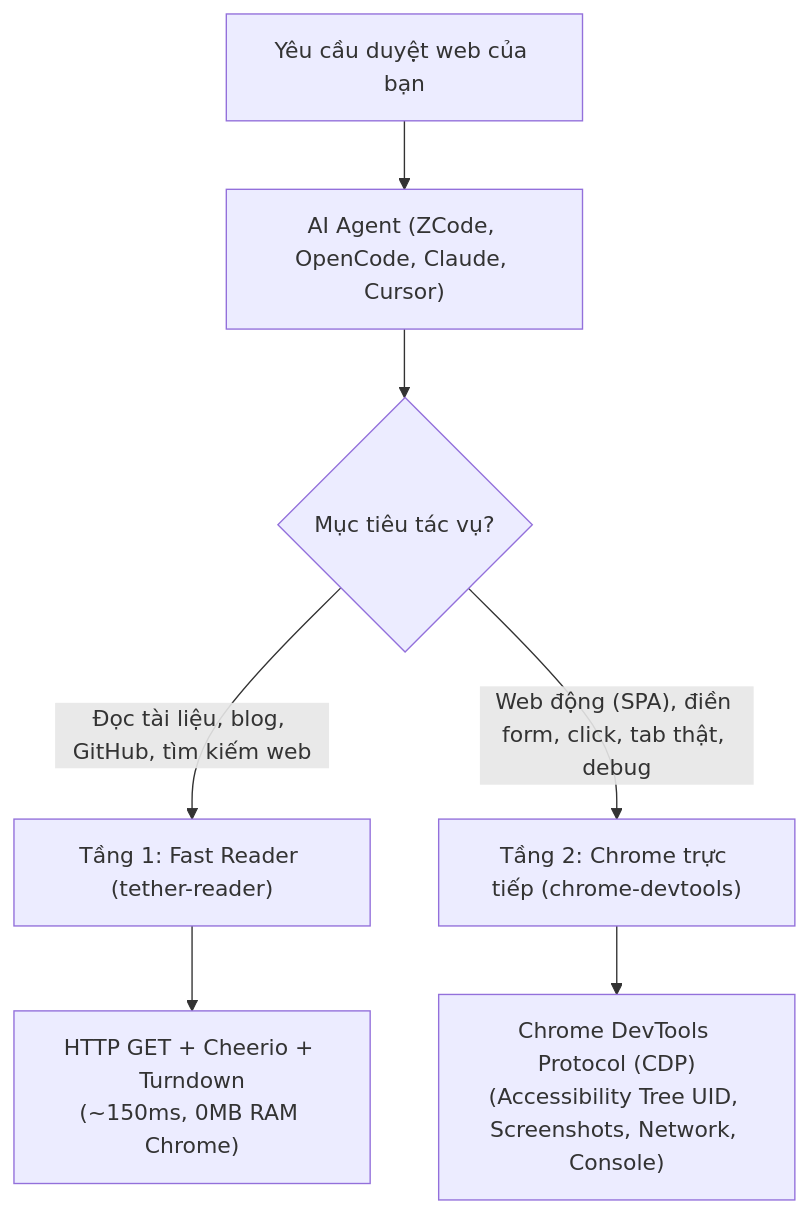
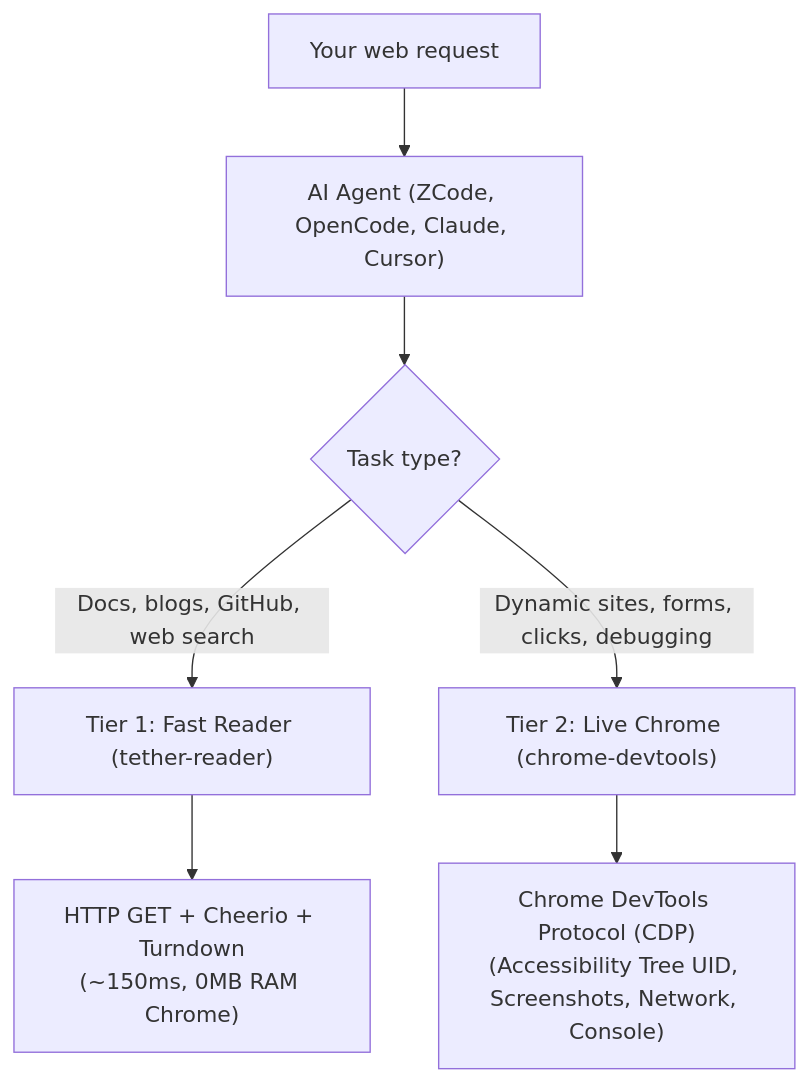
Before and after one commit to nnatuan03/chrometether: the diagram in README.vi.md, drawn with Mermaid. The commit also changed other lines of this file, not shown here.

Commit message:
docs: use English in code examples

````diff
--- a/README.vi.md
+++ b/README.vi.md
@@ -17,11 +17,11 @@
 ```mermaid
 flowchart TD
-    User["Yêu cầu duyệt web của bạn"] --> Agent["AI Agent (ZCode, OpenCode, Claude, Cursor)"]
-    Agent --> Decision{"Mục tiêu tác vụ?"}
+    User["Your web request"] --> Agent["AI Agent (ZCode, OpenCode, Claude, Cursor)"]
+    Agent --> Decision{"Task type?"}
     
-    Decision -- "Đọc tài liệu, blog, GitHub, tìm kiếm web" --> Tier1["Tầng 1: Fast Reader (tether-reader)"]
+    Decision -- "Docs, blogs, GitHub, web search" --> Tier1["Tier 1: Fast Reader (tether-reader)"]
     Tier1 --> Res1["HTTP GET + Cheerio + Turndown\n(~150ms, 0MB RAM Chrome)"]
     
-    Decision -- "Web động (SPA), điền form, click, tab thật, debug" --> Tier2["Tầng 2: Chrome trực tiếp (chrome-devtools)"]
+    Decision -- "Dynamic sites, forms, clicks, debugging" --> Tier2["Tier 2: Live Chrome (chrome-devtools)"]
     Tier2 --> Res2["Chrome DevTools Protocol (CDP)\n(Accessibility Tree UID, Screenshots, Network, Console)"]
 ```
````
